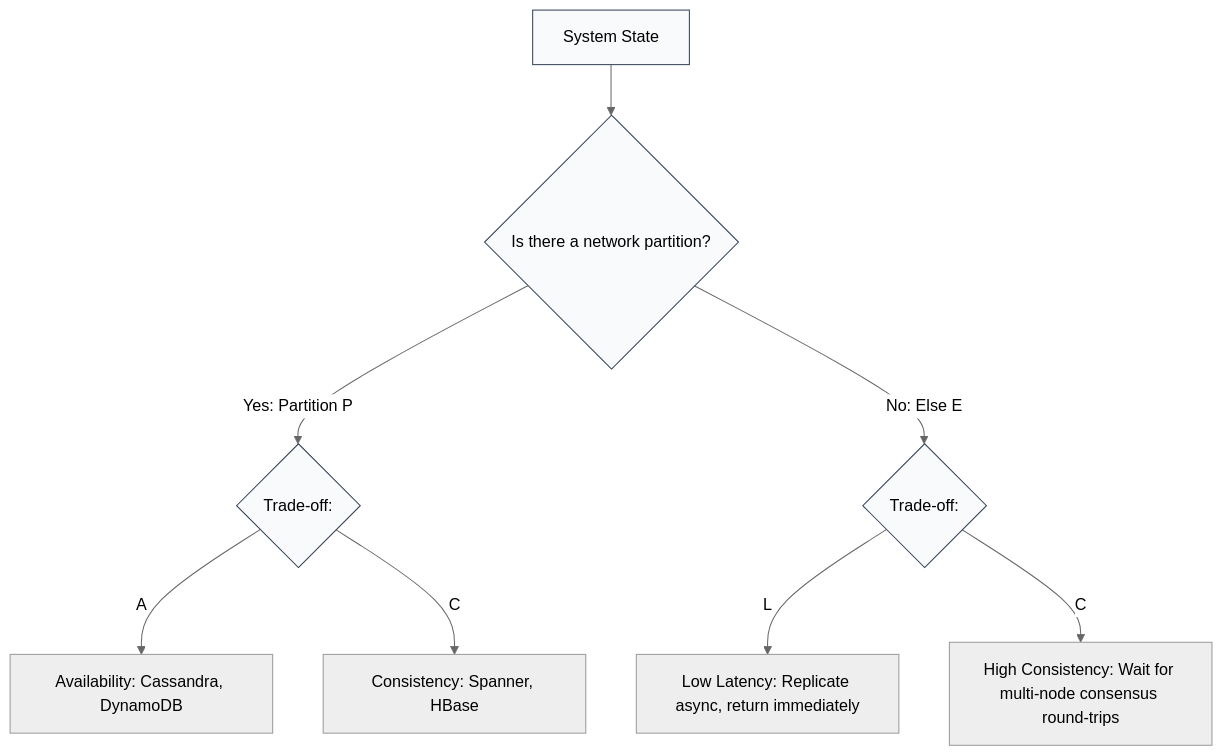
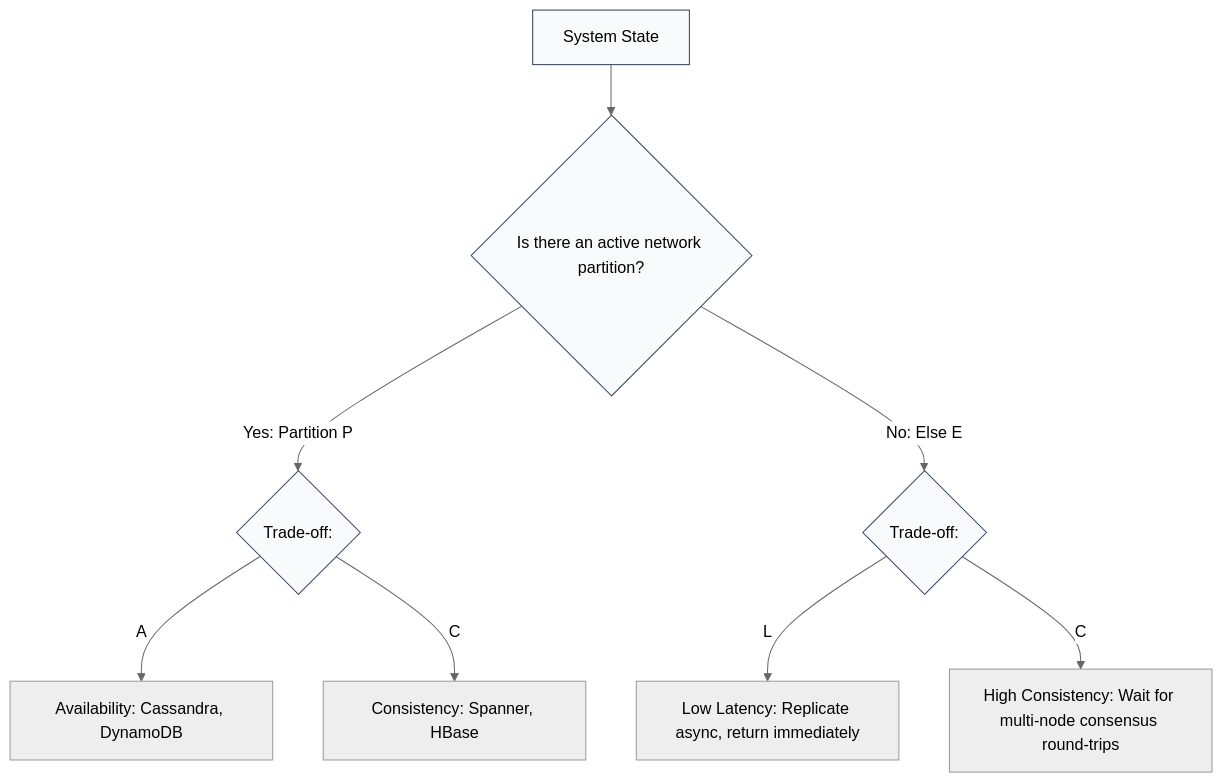
One commit to kvai9826/system-design-for-program-managers changed the third of 4 diagrams in 02-data-architecture/03-cap-pacelc-theorems.md. Above: the diagram before and after it, drawn with Mermaid (neutral theme). The commit also changed other lines of this file and 30 other files, not shown here.

````diff
--- a/02-data-architecture/03-cap-pacelc-theorems.md
+++ b/02-data-architecture/03-cap-pacelc-theorems.md
@@ -61,15 +65,15 @@
 ```mermaid
 graph TD
-    Start[System State] --> IsPart{Is there a network partition?}
+    Start[System State] --> IsPart{Is there an active network partition?}
     
     IsPart -->|Yes: Partition P| ChoiceP{Trade-off:}
     ChoiceP -->|A| AP[Availability: Cassandra, DynamoDB]
     ChoiceP -->|C| CP[Consistency: Spanner, HBase]
 
     IsPart -->|No: Else E| ChoiceE{Trade-off:}
     ChoiceE -->|L| EL[Low Latency: Replicate async, return immediately]
     ChoiceE -->|C| EC[High Consistency: Wait for multi-node consensus round-trips]
 
-    classDef box fill:#f8fafc,stroke:#334155,stroke-width:1px;
-    class Start,IsPart,ChoiceP,ChoiceE box;
+    classDef boxStyle fill:#f8fafc,stroke:#334155,stroke-width:1px;
+    class Start,IsPart,ChoiceP,ChoiceE boxStyle;
 ```
````
